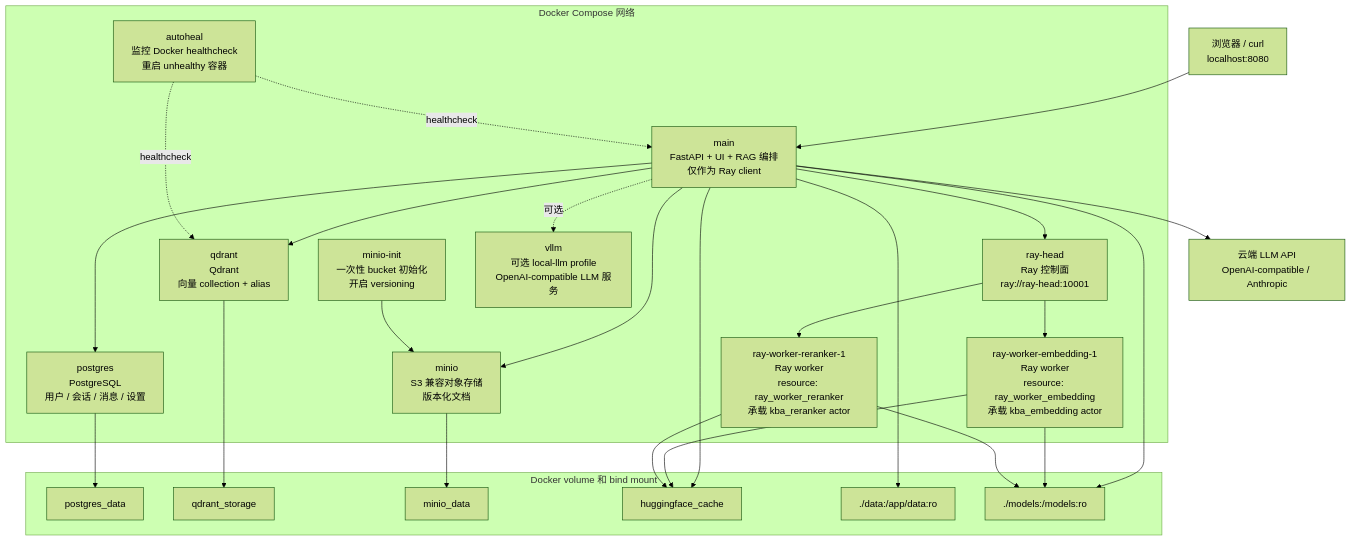
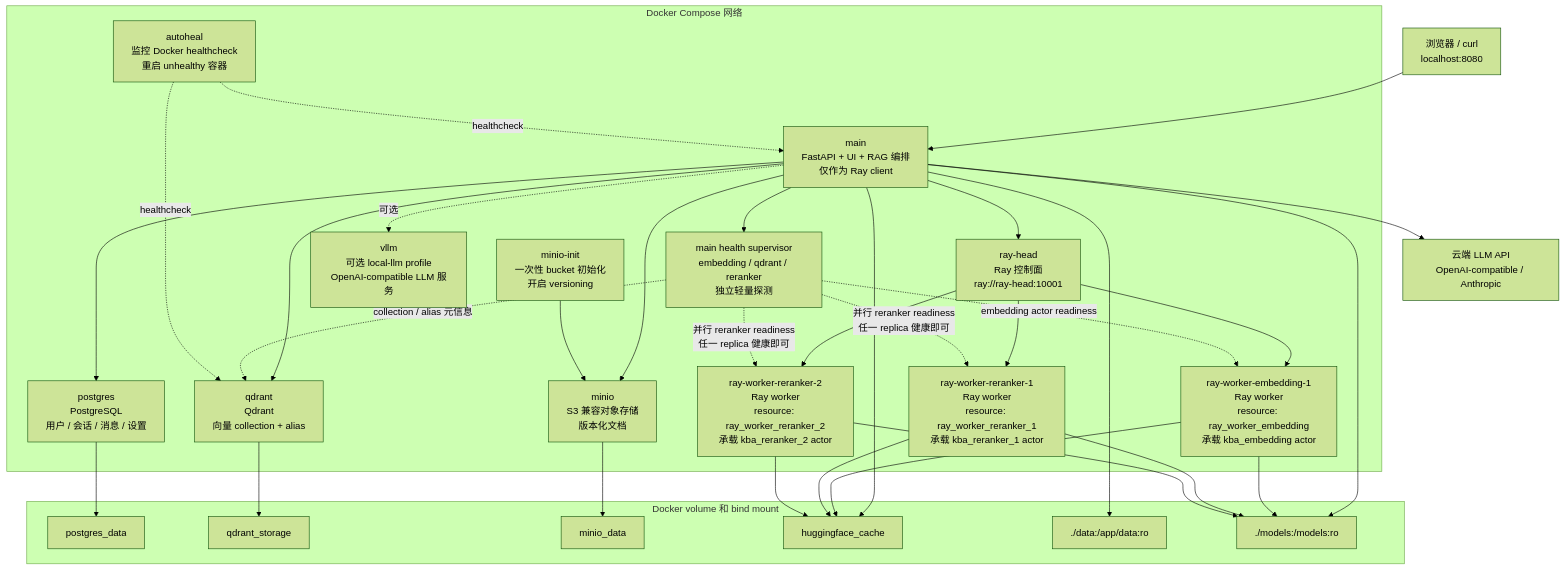
One commit to XingjiaYang/Knowledge-Base-Assistant changed the first of 4 diagrams in readme.zh.md. Above: the diagram before and after it, drawn with Mermaid (forest theme). The commit also changed other lines of this file and 10 other files, not shown here.

Commit message:
Add reranker replica failover

````diff
--- a/readme.zh.md
+++ b/readme.zh.md
@@ -167,49 +168,59 @@
 ```mermaid
 flowchart TD
     User["浏览器 / curl<br/>localhost:8080"] --> Main["main<br/>FastAPI + UI + RAG 编排<br/>仅作为 Ray client"]
 
     subgraph Compose["Docker Compose 网络"]
         Main
         PG["postgres<br/>PostgreSQL<br/>用户 / 会话 / 消息 / 设置"]
         Qdrant["qdrant<br/>Qdrant<br/>向量 collection + alias"]
         MinIO["minio<br/>S3 兼容对象存储<br/>版本化文档"]
         MinIOInit["minio-init<br/>一次性 bucket 初始化<br/>开启 versioning"]
         RayHead["ray-head<br/>Ray 控制面<br/>ray://ray-head:10001"]
         EmbedWorker["ray-worker-embedding-1<br/>Ray worker<br/>resource: ray_worker_embedding<br/>承载 kba_embedding actor"]
-        RerankWorker["ray-worker-reranker-1<br/>Ray worker<br/>resource: ray_worker_reranker<br/>承载 kba_reranker actor"]
+        RerankWorker1["ray-worker-reranker-1<br/>Ray worker<br/>resource: ray_worker_reranker_1<br/>承载 kba_reranker_1 actor"]
+        RerankWorker2["ray-worker-reranker-2<br/>Ray worker<br/>resource: ray_worker_reranker_2<br/>承载 kba_reranker_2 actor"]
+        HealthSupervisor["main health supervisor<br/>embedding / qdrant / reranker<br/>独立轻量探测"]
         Autoheal["autoheal<br/>监控 Docker healthcheck<br/>重启 unhealthy 容器"]
         VLLM["vllm<br/>可选 local-llm profile<br/>OpenAI-compatible LLM 服务"]
     end
 
     Main --> PG
     Main --> Qdrant
     Main --> MinIO
     Main --> RayHead
     MinIOInit --> MinIO
     RayHead --> EmbedWorker
-    RayHead --> RerankWorker
+    RayHead --> RerankWorker1
+    RayHead --> RerankWorker2
+    Main --> HealthSupervisor
+    HealthSupervisor -. "collection / alias 元信息" .-> Qdrant
+    HealthSupervisor -. "embedding actor readiness" .-> EmbedWorker
+    HealthSupervisor -. "并行 reranker readiness<br/>任一 replica 健康即可" .-> RerankWorker1
+    HealthSupervisor -. "并行 reranker readiness<br/>任一 replica 健康即可" .-> RerankWorker2
     Autoheal -. healthcheck .-> Main
     Autoheal -. healthcheck .-> Qdrant
     Main -. 可选 .-> VLLM
     Main --> CloudLLM["云端 LLM API<br/>OpenAI-compatible / Anthropic"]
 
     subgraph Volumes["Docker volume 和 bind mount"]
         PGVol["postgres_data"]
         QVol["qdrant_storage"]
         S3Vol["minio_data"]
         HFVol["huggingface_cache"]
         DataBind["./data:/app/data:ro"]
         ModelsBind["./models:/models:ro"]
     end
 
     PG --> PGVol
     Qdrant --> QVol
     MinIO --> S3Vol
     Main --> DataBind
     Main --> HFVol
     Main --> ModelsBind
     EmbedWorker --> HFVol
     EmbedWorker --> ModelsBind
-    RerankWorker --> HFVol
-    RerankWorker --> ModelsBind
+    RerankWorker1 --> HFVol
+    RerankWorker1 --> ModelsBind
+    RerankWorker2 --> HFVol
+    RerankWorker2 --> ModelsBind
 ```
````
